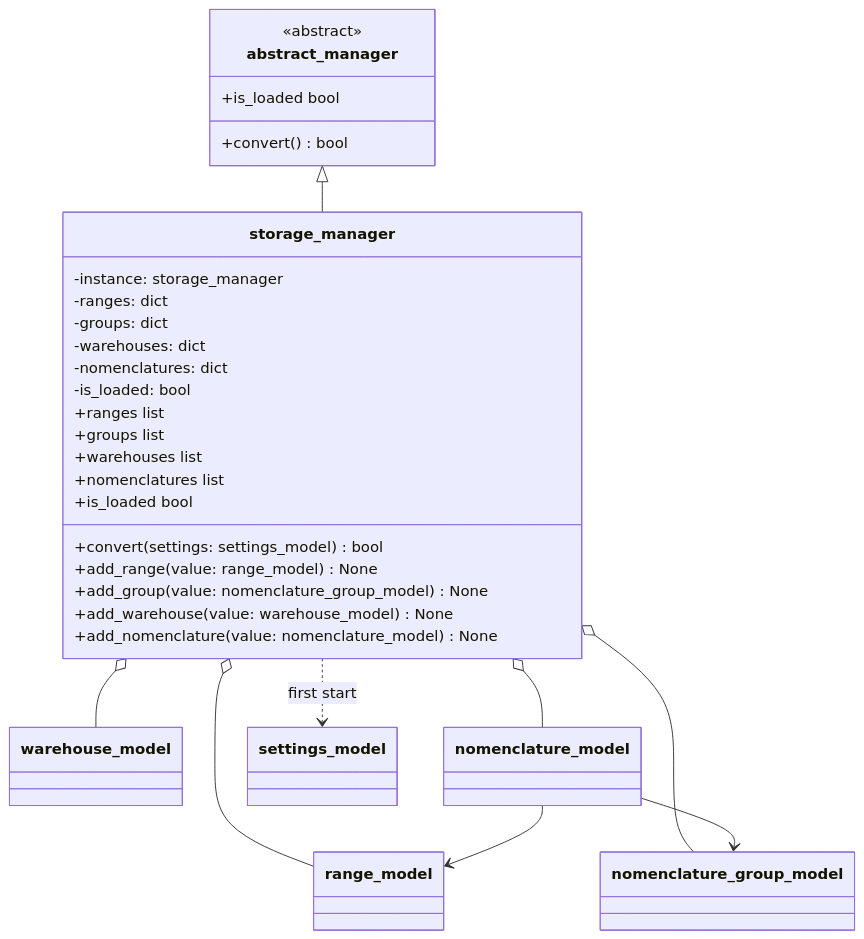
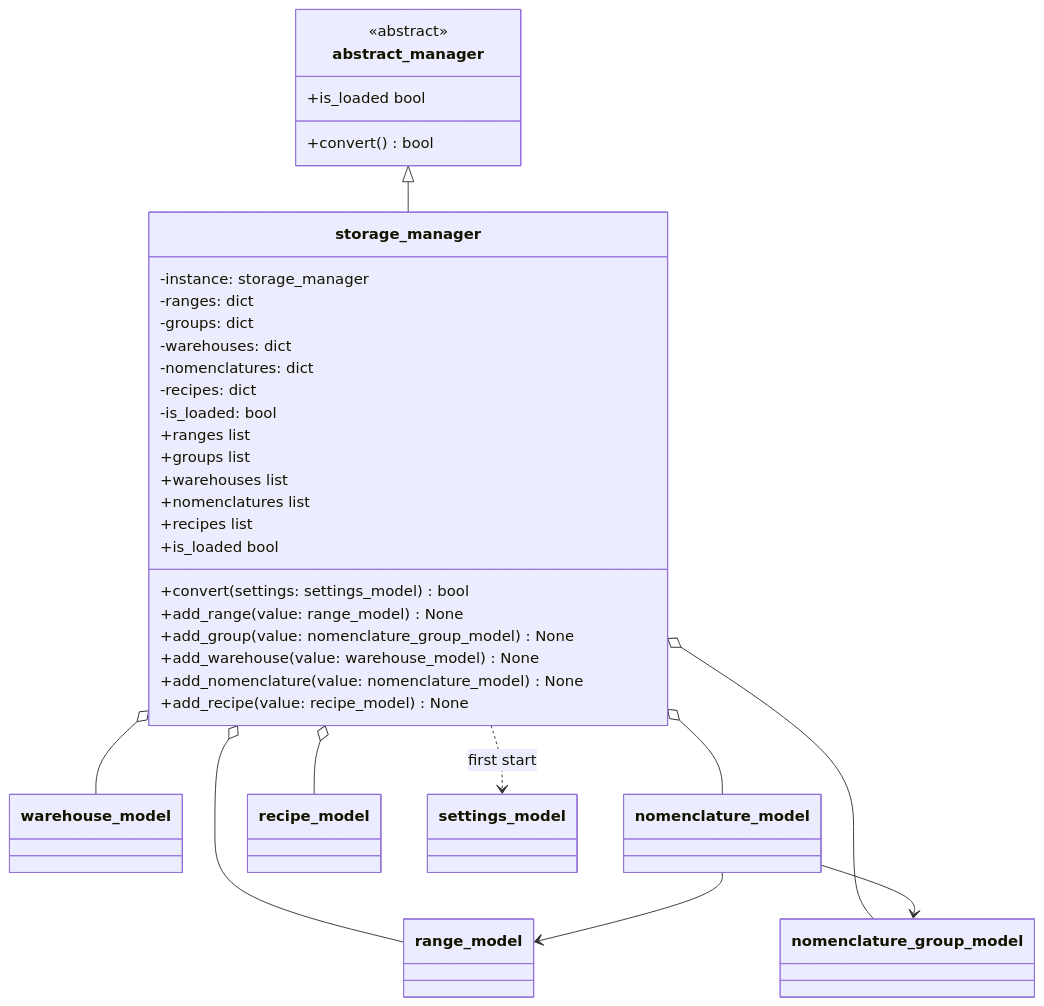
Before and after one commit to nervok1337/solovev_patterns: the second of 2 diagrams in Docs/ManagersUml.md, drawn with Mermaid. The commit also changed 12 other files, not shown here.

````diff
--- a/Docs/ManagersUml.md
+++ b/Docs/ManagersUml.md
@@ -47,36 +47,40 @@
 ```mermaid
 classDiagram
     class abstract_manager {
         <<abstract>>
         +convert() bool
         +is_loaded bool
     }
 
     class storage_manager {
         -instance: storage_manager
         -ranges: dict
         -groups: dict
         -warehouses: dict
         -nomenclatures: dict
+        -recipes: dict
         -is_loaded: bool
         +convert(settings: settings_model) bool
         +add_range(value: range_model) None
         +add_group(value: nomenclature_group_model) None
         +add_warehouse(value: warehouse_model) None
         +add_nomenclature(value: nomenclature_model) None
+        +add_recipe(value: recipe_model) None
         +ranges list
         +groups list
         +warehouses list
         +nomenclatures list
+        +recipes list
         +is_loaded bool
     }
 
     abstract_manager <|-- storage_manager
     storage_manager o-- range_model
     storage_manager o-- nomenclature_group_model
     storage_manager o-- warehouse_model
     storage_manager o-- nomenclature_model
+    storage_manager o-- recipe_model
     nomenclature_model --> range_model
     nomenclature_model --> nomenclature_group_model
     storage_manager ..> settings_model : first start
 ```
````
